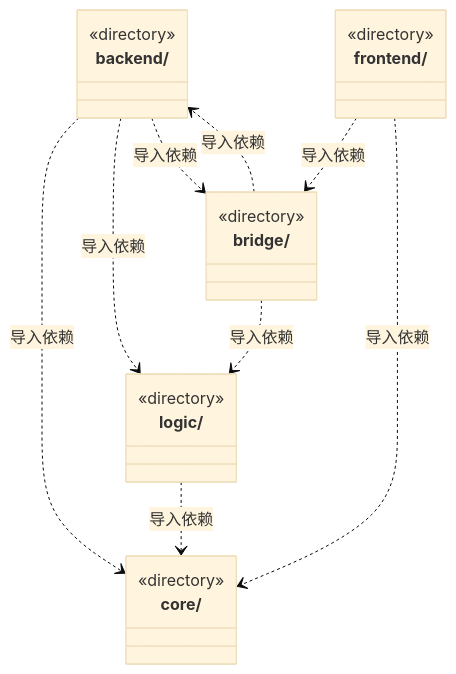
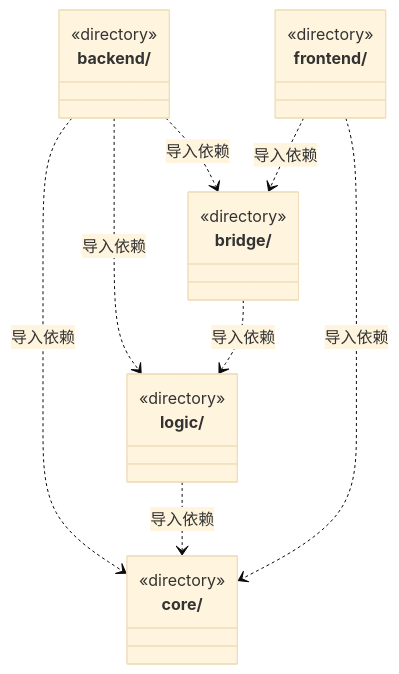
The diagram in src/ARCHITECTURE.md (nan023062/cbim), drawn with Mermaid (base theme) before and after one commit. The commit also changed other lines of this file and 1165 other files, not shown here.

````diff
--- a/src/ARCHITECTURE.md
+++ b/src/ARCHITECTURE.md
@@ -15,26 +15,25 @@
 ```mermaid
 classDiagram
 class N_src_backend["backend/"] {
   <<directory>>
 }
 class N_src_bridge["bridge/"] {
   <<directory>>
 }
 class N_src_core["core/"] {
   <<directory>>
 }
 class N_src_frontend["frontend/"] {
   <<directory>>
 }
 class N_src_logic["logic/"] {
   <<directory>>
 }
 N_src_backend ..> N_src_core : 导入依赖
 N_src_backend ..> N_src_logic : 导入依赖
 N_src_backend ..> N_src_bridge : 导入依赖
-N_src_bridge ..> N_src_backend : 导入依赖
 N_src_bridge ..> N_src_logic : 导入依赖
 N_src_frontend ..> N_src_bridge : 导入依赖
 N_src_frontend ..> N_src_core : 导入依赖
 N_src_logic ..> N_src_core : 导入依赖
 ```
````
